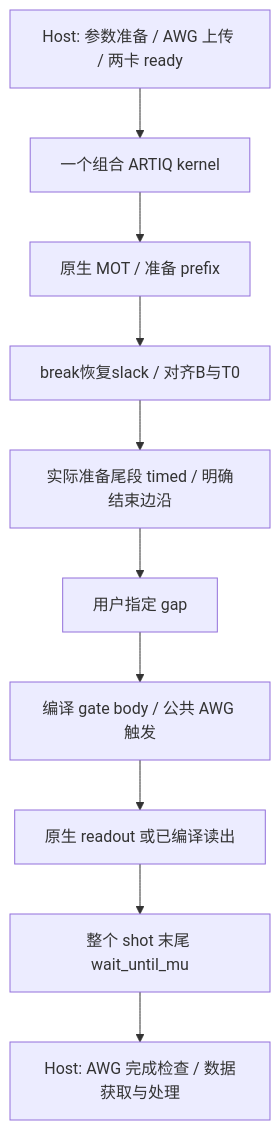
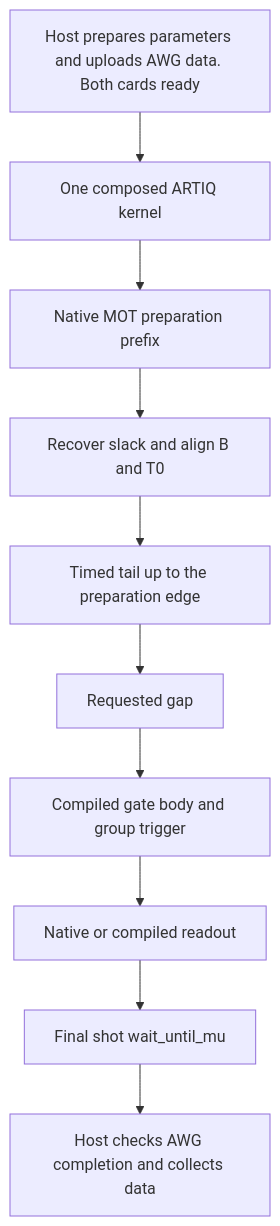
The diagram in docs/native_artiq_integration.md (senqqqq/taiyidsl), drawn with Mermaid before and after one commit. The commit also changed other lines of this file and 255 other files, not shown here.

````diff
--- a/docs/native_artiq_integration.md
+++ b/docs/native_artiq_integration.md
@@ -359,12 +233,12 @@
 ```mermaid
 flowchart TD
-    H[Host: 参数准备 / AWG 上传 / 两卡 ready] --> K[一个组合 ARTIQ kernel]
-    K --> P[原生 MOT / 准备 prefix]
-    P --> E[break恢复slack / 对齐B与T0]
-    E --> S[实际准备尾段 timed / 明确结束边沿]
-    S --> G[用户指定 gap]
-    G --> C[编译 gate body / 公共 AWG 触发]
-    C --> R[原生 readout 或已编译读出]
-    R --> W[整个 shot 末尾 wait_until_mu]
-    W --> D[Host: AWG 完成检查 / 数据获取与处理]
+    H[Host prepares parameters and uploads AWG data. Both cards ready] --> K[One composed ARTIQ kernel]
+    K --> P[Native MOT preparation prefix]
+    P --> E[Recover slack and align B and T0]
+    E --> S[Timed tail up to the preparation edge]
+    S --> G[Requested gap]
+    G --> C[Compiled gate body and group trigger]
+    C --> R[Native or compiled readout]
+    R --> W[Final shot wait_until_mu]
+    W --> D[Host checks AWG completion and collects data]
 ```
````
